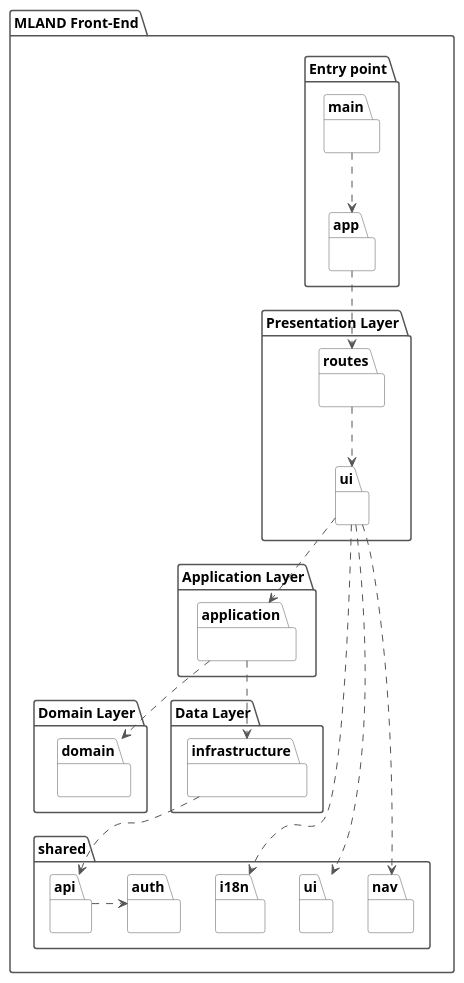
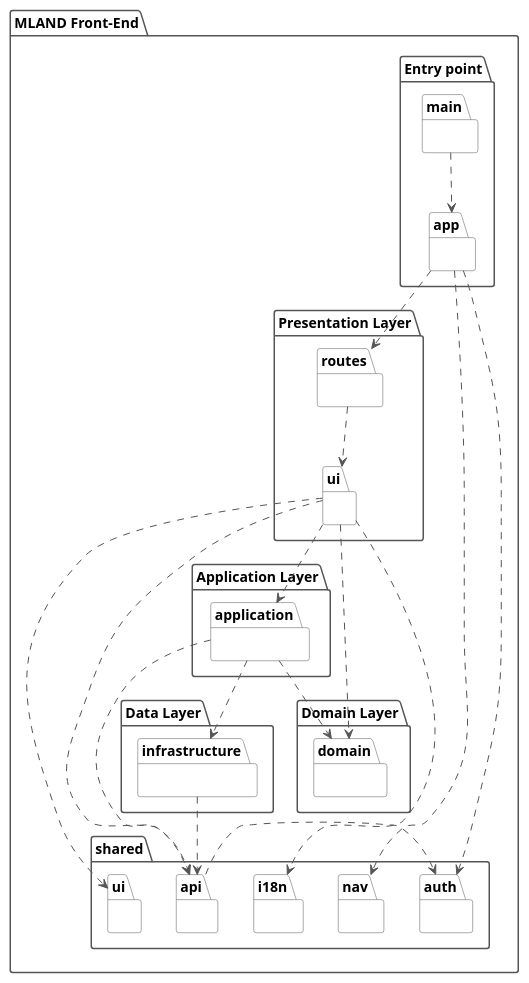
The diagram in documents/docs/report-4-software-design-specification/assets/diagrams/02-package-diagram-frontend.puml (quoc-ca/mland-operations-hub), drawn with PlantUML before and after one commit. The commit also changed 2 other files, not shown here.

Commit message:
docs(report-4): link package diagrams to Drive images; fix dependency arrows in the sources
- 2.1/2.2: {{r4-pd-frontend}} and {{r4-pd-backend}} placeholders for the images on Drive.
- PlantUML sources follow the real imports: drop configuration->controller and ui->nav, add
  service->entity, app->auth, app->nav, ui->domain, ui->api, application->api.

```diff
--- a/documents/docs/report-4-software-design-specification/assets/diagrams/02-package-diagram-frontend.puml
+++ b/documents/docs/report-4-software-design-specification/assets/diagrams/02-package-diagram-frontend.puml
@@ -1,67 +1,71 @@
 @startuml
 !pragma charset UTF-8
 skinparam shadowing false
 skinparam packageStyle folder
 skinparam ArrowColor #555555
 skinparam package {
   BackgroundColor #FFFFFF
   BorderColor #555555
 }
 
 package "MLAND Front-End" {
 
   package "Entry point" {
     package "main" {
     }
     package "app" {
     }
   }
 
   package "Presentation Layer" {
     package "routes" {
     }
     package "ui" {
     }
   }
 
   package "Application Layer" {
     package "application" {
     }
   }
 
   package "Domain Layer" {
     package "domain" {
     }
   }
 
   package "Data Layer" {
     package "infrastructure" {
     }
   }
 
   package "shared" {
     package "api" {
     }
     package "auth" {
     }
     package "i18n" {
     }
     package "ui" as sharedui {
     }
     package "nav" {
     }
   }
 }
 
 main .down.> app
 app .down.> routes
+app ..> auth
+app ..> nav
 routes .down.> ui
 ui .down.> application
 application .down.> domain
 application .down.> infrastructure
 infrastructure .down.> api
+application ..> api
 api .right.> auth
 ui ..> i18n
-ui ..> nav
+ui ..> domain
+ui ..> api
 ui ..> sharedui
 @enduml
```
